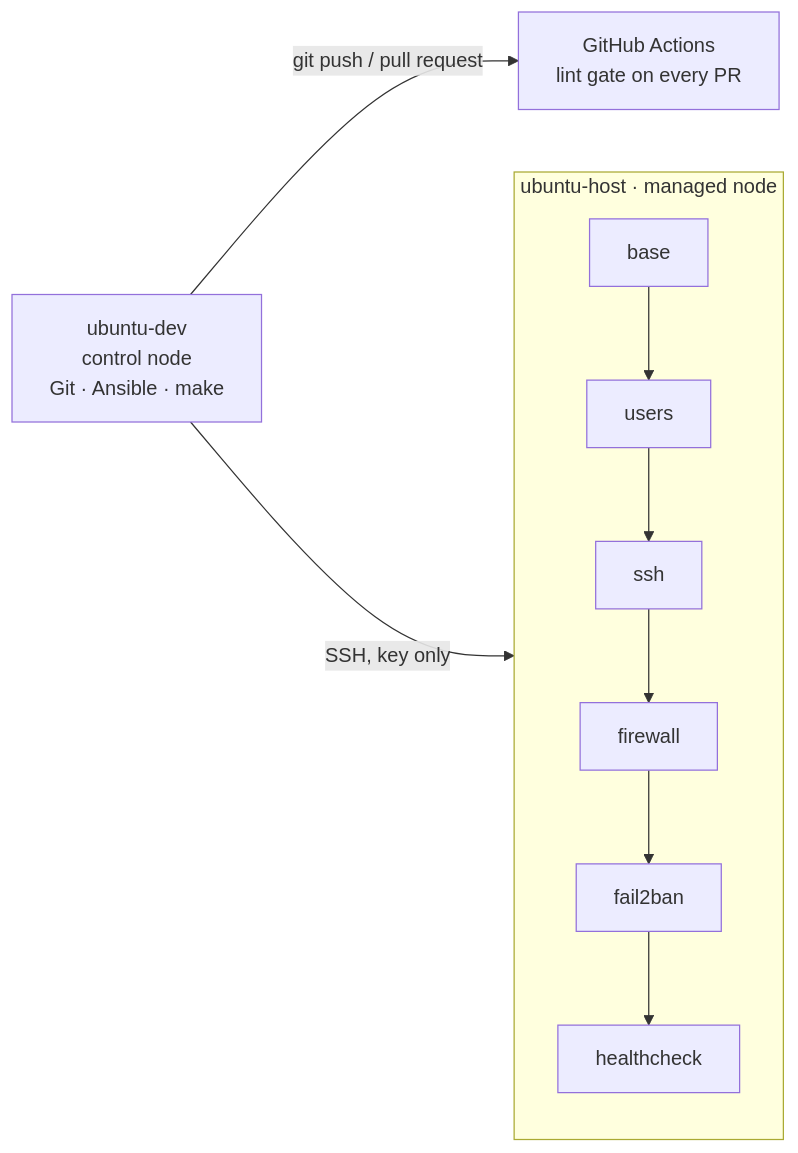
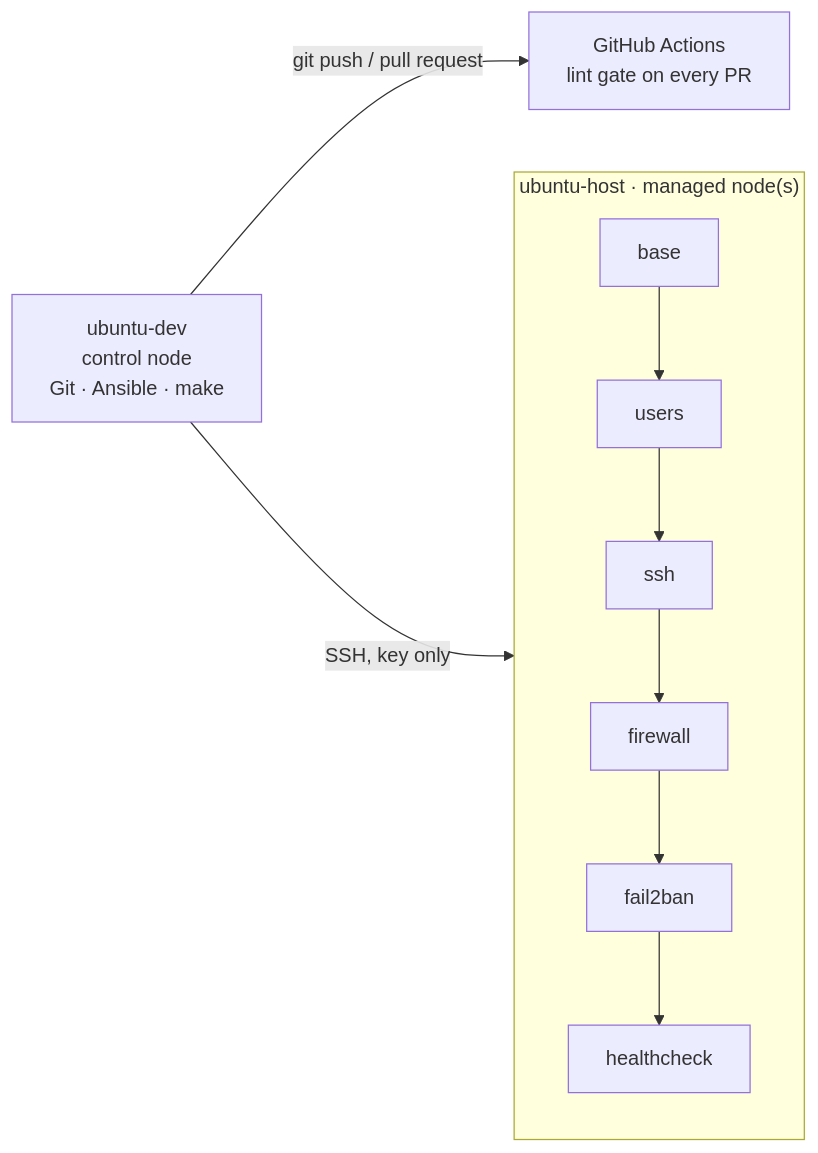
Before and after one commit to goranmilic-source/linux-server-baseline: the diagram in README.md, drawn with Mermaid. The commit also changed other lines of this file and 5 other files, not shown here.

````diff
--- a/README.md
+++ b/README.md
@@ -22,11 +22,11 @@
 ```mermaid
 flowchart LR
     dev["ubuntu-dev<br/>control node<br/>Git · Ansible · make"]
     gh["GitHub Actions<br/>lint gate on every PR"]
     dev -- "git push / pull request" --> gh
     dev -- "SSH, key only" --> host
-    subgraph host["ubuntu-host · managed node"]
+    subgraph host["ubuntu-host · managed node(s)"]
         direction TB
         base["base"] --> users["users"] --> ssh["ssh"] --> fw["firewall"] --> f2b["fail2ban"] --> hc["healthcheck"]
     end
 ```
````
